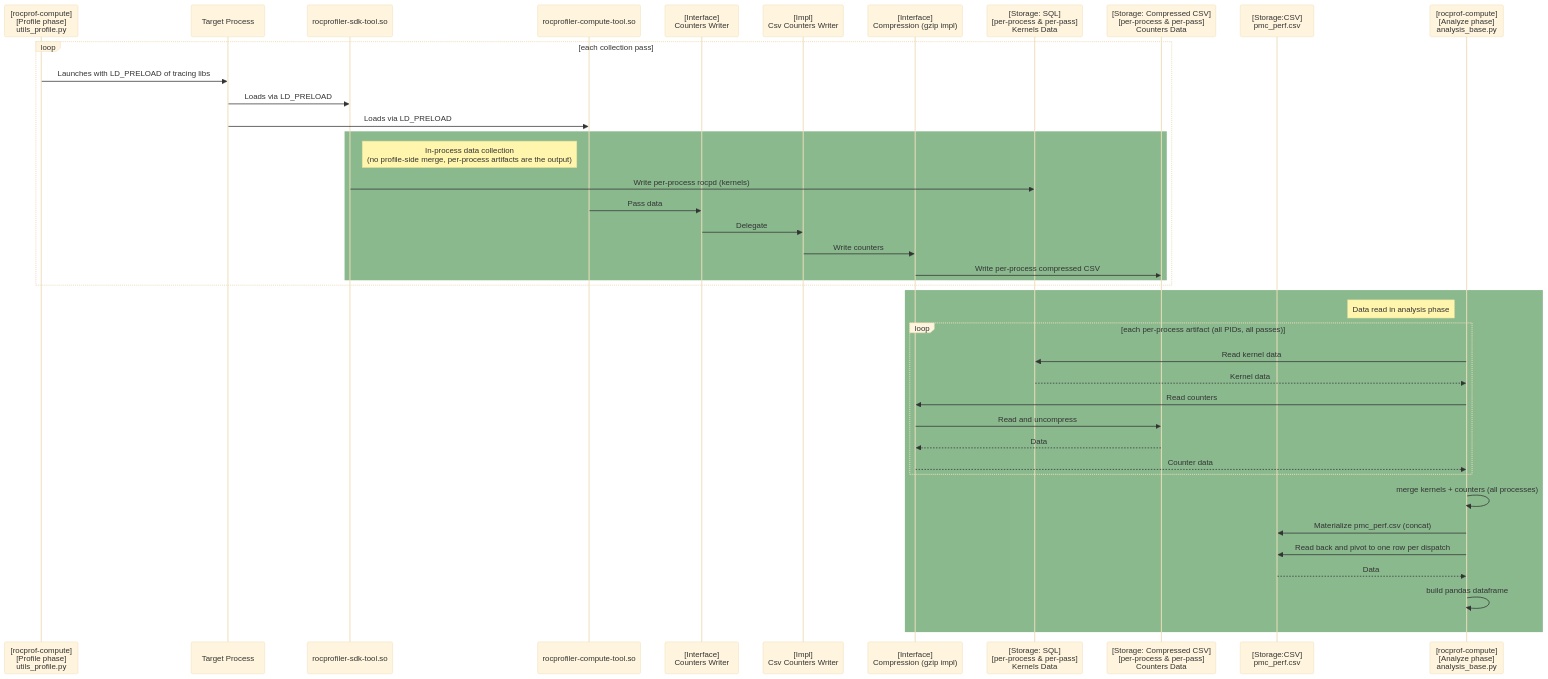
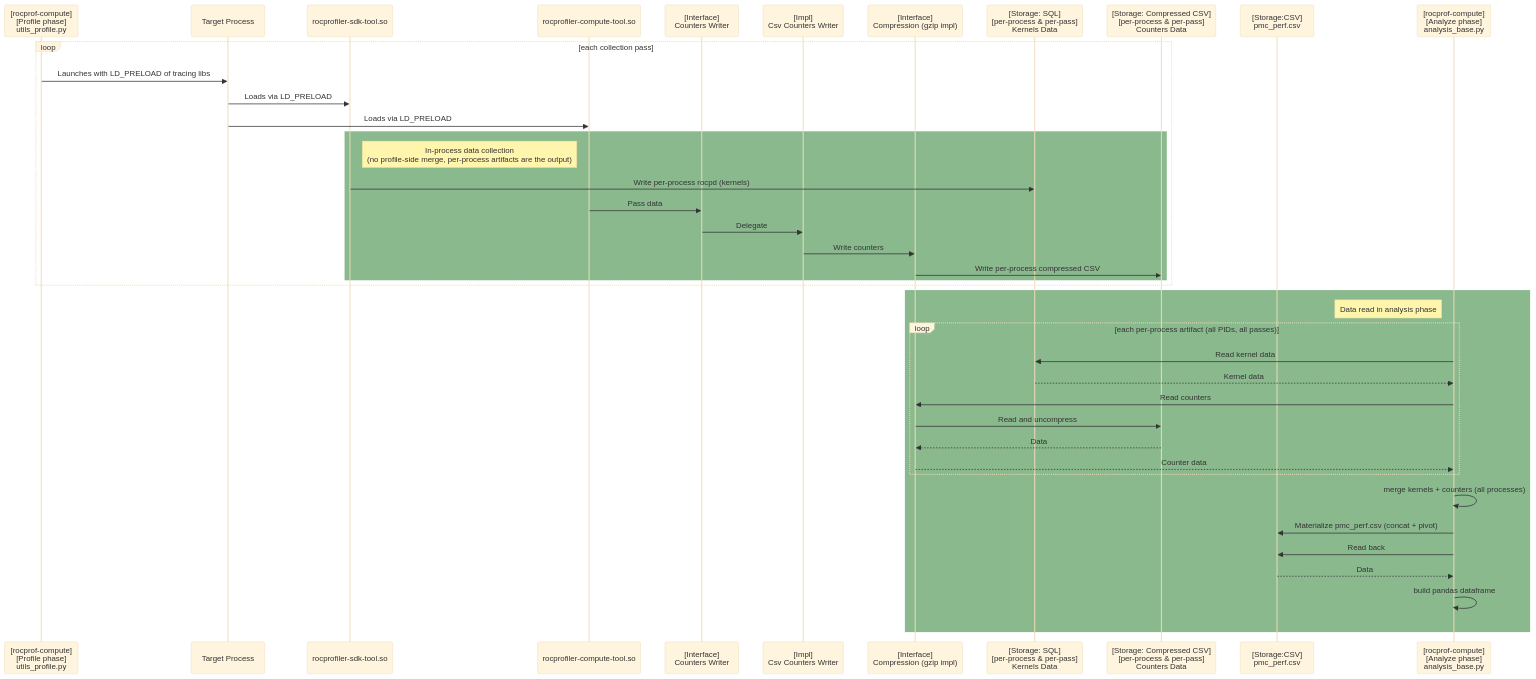
Before and after one commit to ROCm/rocm-systems: the fifth of 7 diagrams in projects/rocprofiler-compute/docs/design/profile_interface_architecture.md, drawn with Mermaid (base theme). The commit also changed other lines of this file and 1 other file, not shown here.

````diff
--- a/projects/rocprofiler-compute/docs/design/profile_interface_architecture.md
+++ b/projects/rocprofiler-compute/docs/design/profile_interface_architecture.md
@@ -442,45 +436,45 @@
 ```mermaid
 sequenceDiagram
     participant computeLauncher as [rocprof-compute]<br>[Profile phase]<br>utils_profile.py
     participant process as Target Process
     participant sdkTool as rocprofiler-sdk-tool.so
     participant computeTool as rocprofiler-compute-tool.so
     participant countersWriter as [Interface]<br> Counters Writer
     participant countersWriterCsv as [Impl]<br>Csv Counters Writer
     participant compression as [Interface]<br>Compression (gzip impl)
     participant sdkData as [Storage: SQL]<br>[per-process & per-pass]<br>Kernels Data
     participant countersData as [Storage: Compressed CSV]<br>[per-process & per-pass]<br>Counters Data
     participant pmcPerf as [Storage:CSV]<br>pmc_perf.csv
     participant computeAnalyze as [rocprof-compute]<br>[Analyze phase]<br>analysis_base.py
 
     loop each collection pass
         computeLauncher->>process: Launches with LD_PRELOAD of tracing libs
         process->>sdkTool: Loads via LD_PRELOAD
         process->>computeTool: Loads via LD_PRELOAD
 
         rect rgb(138, 185, 142)
         note right of sdkTool: In-process data collection<br>(no profile-side merge, per-process artifacts are the output)
             sdkTool->>sdkData: Write per-process rocpd (kernels)
             computeTool->>countersWriter: Pass data
             countersWriter->>countersWriterCsv: Delegate
             countersWriterCsv->>compression: Write counters
             compression->>countersData: Write per-process compressed CSV
         end
     end
     rect rgb(138, 185, 142)
     note left of computeAnalyze: Data read in analysis phase
         loop each per-process artifact (all PIDs, all passes)
             computeAnalyze->>sdkData: Read kernel data
             sdkData-->>computeAnalyze: Kernel data
             computeAnalyze->>compression: Read counters
             compression->>countersData: Read and uncompress
             countersData-->>compression: Data
             compression-->>computeAnalyze: Counter data
         end
         computeAnalyze->>computeAnalyze: merge kernels + counters (all processes)
-        computeAnalyze->>pmcPerf: Materialize pmc_perf.csv (concat)
-        computeAnalyze->>pmcPerf: Read back and pivot to one row per dispatch
+        computeAnalyze->>pmcPerf: Materialize pmc_perf.csv (concat + pivot)
+        computeAnalyze->>pmcPerf: Read back
         pmcPerf-->>computeAnalyze: Data
         computeAnalyze->>computeAnalyze: build pandas dataframe
     end
 ```
````
